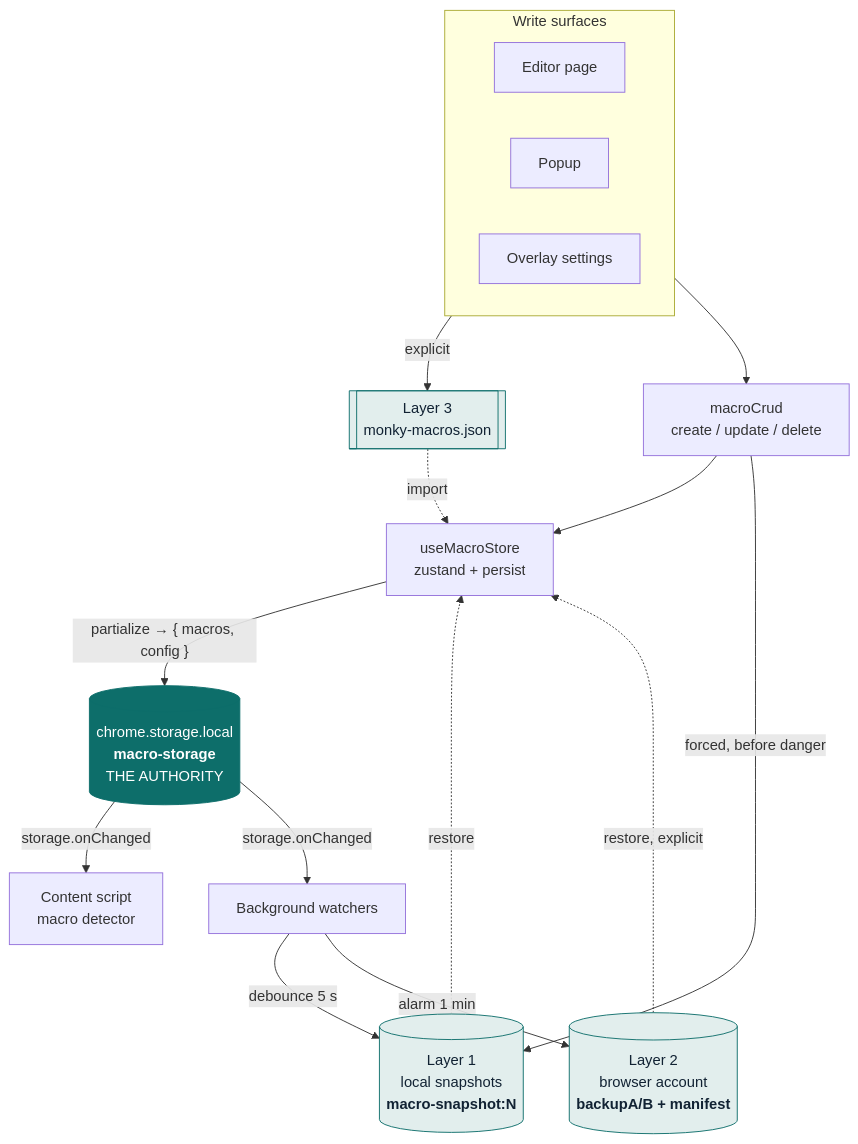
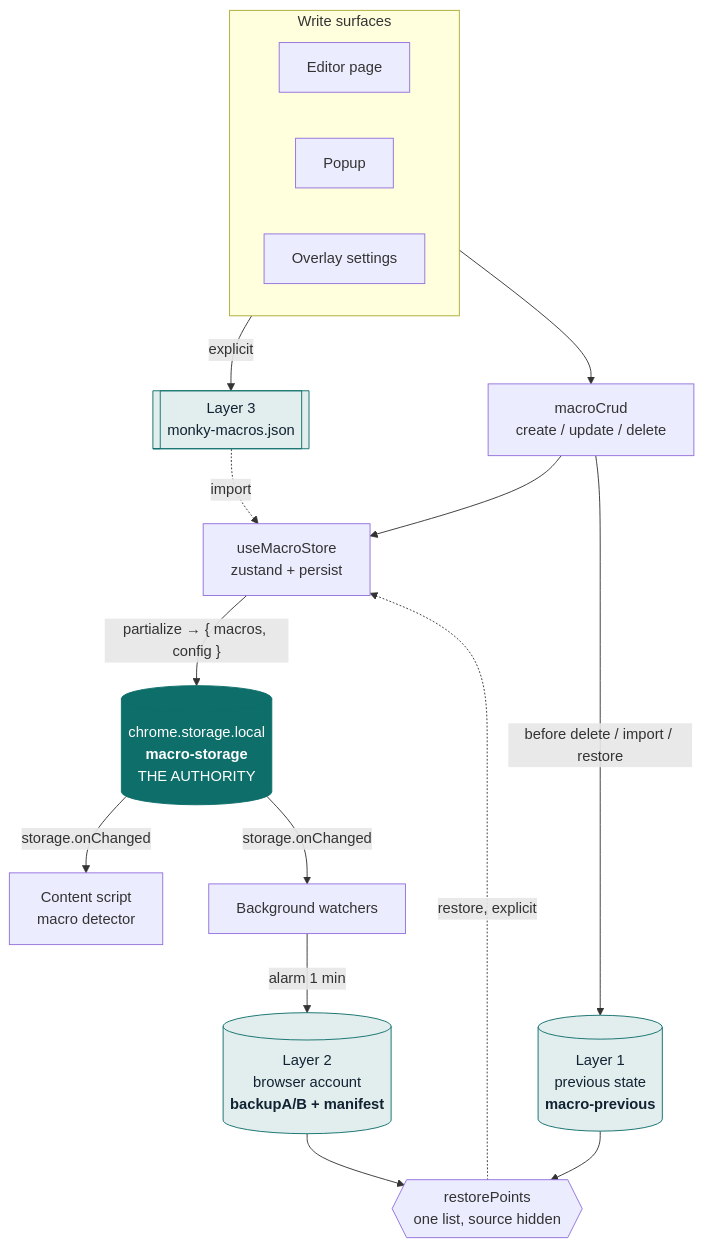
One commit to Jorge-Gonzalez/monky changed the first of 6 diagrams in docs/storage-design.md. Above: the diagram before and after it, drawn with Mermaid. The commit also changed other lines of this file and 35 other files, not shown here.

First line of the commit message:
refactor(store): replace the snapshot history with a previous state, and recovery with one list

````diff
--- a/docs/storage-design.md
+++ b/docs/storage-design.md
@@ -33,34 +34,34 @@
 ```mermaid
 flowchart TB
     subgraph surfaces["Write surfaces"]
         direction LR
         ED["Editor page"]
         PO["Popup"]
         OV["Overlay settings"]
     end
 
     CRUD["macroCrud<br/>create / update / delete"]
     STORE["useMacroStore<br/>zustand + persist"]
 
     surfaces --> CRUD --> STORE
 
     STORE -->|"partialize → { macros, config }"| LOCAL[("chrome.storage.local<br/><b>macro-storage</b><br/>THE AUTHORITY")]
 
     LOCAL -->|"storage.onChanged"| DETECT["Content script<br/>macro detector"]
     LOCAL -->|"storage.onChanged"| WATCH["Background watchers"]
 
-    WATCH -->|"debounce 5 s"| SNAP[("Layer 1<br/>local snapshots<br/><b>macro-snapshot:N</b>")]
     WATCH -->|"alarm 1 min"| SYNC[("Layer 2<br/>browser account<br/><b>backupA/B + manifest</b>")]
-    CRUD -->|"forced, before danger"| SNAP
+    CRUD -->|"before delete / import / restore"| PREV[("Layer 1<br/>previous state<br/><b>macro-previous</b>")]
 
     OV -->|"explicit"| FILE[["Layer 3<br/>monky-macros.json"]]
 
-    SNAP -.->|"restore"| STORE
-    SYNC -.->|"restore, explicit"| STORE
+    PREV --> RP{{"restorePoints<br/>one list, source hidden"}}
+    SYNC --> RP
+    RP -.->|"restore, explicit"| STORE
     FILE -.->|"import"| STORE
 
     classDef auth fill:#0d6e6a,stroke:#0d6e6a,color:#fff
     classDef layer fill:#e2eeed,stroke:#0d6e6a,color:#123
     class LOCAL auth
-    class SNAP,SYNC,FILE layer
+    class PREV,SYNC,FILE layer
 ```
````
